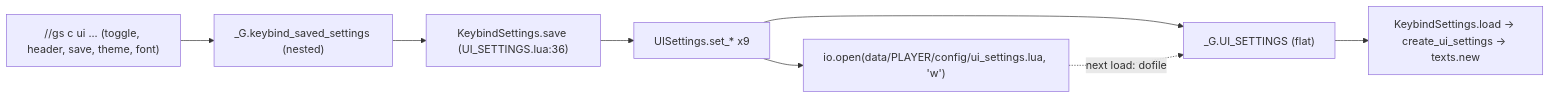
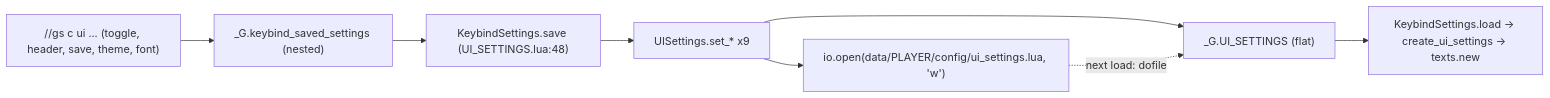
Before and after one commit to ejouanchicot/Gearswap: the third of 4 diagrams in docs/dev/systems/ui-overlay.md, drawn with Mermaid. The commit also changed other lines of this file and 81 other files, not shown here.

````diff
--- a/docs/dev/systems/ui-overlay.md
+++ b/docs/dev/systems/ui-overlay.md
@@ -180,10 +180,10 @@
 ```mermaid
 flowchart LR
     CMD["//gs c ui ... (toggle, header, save, theme, font)"] --> KSS["_G.keybind_saved_settings (nested)"]
-    KSS --> KS["KeybindSettings.save (UI_SETTINGS.lua:36)"]
+    KSS --> KS["KeybindSettings.save (UI_SETTINGS.lua:48)"]
     KS --> SET["UISettings.set_* x9"]
     SET --> GUS["_G.UI_SETTINGS (flat)"]
     SET --> FILE["io.open(data/PLAYER/config/ui_settings.lua, 'w')"]
     FILE -. "next load: dofile" .-> GUS
     GUS --> LOAD["KeybindSettings.load -> create_ui_settings -> texts.new"]
 ```
````
